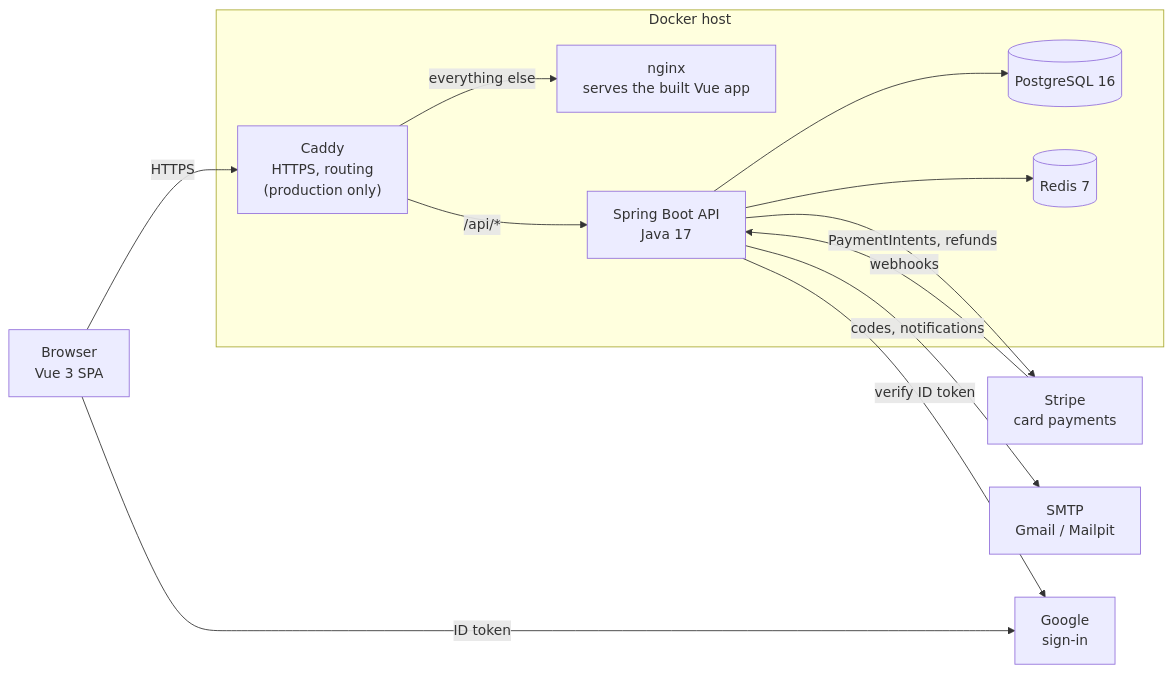
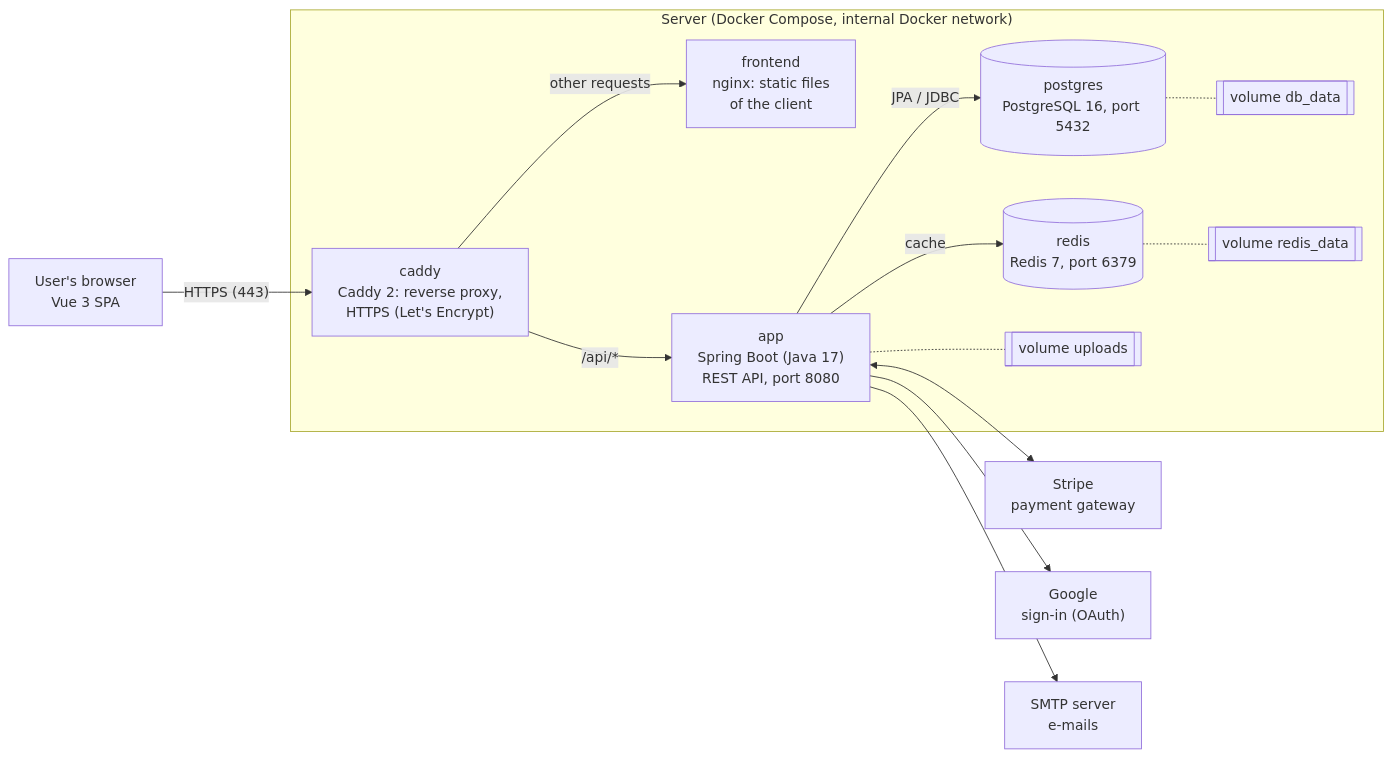
One commit to MAX959954/hotel-reservation-system changed the first of 4 diagrams in docs/ARCHITECTURE.md. Above: the diagram before and after it, drawn with Mermaid. The commit also changed other lines of this file and 1 other file, not shown here.

First line of the commit message:
docs: align README and architecture diagrams with the thesis

````diff
--- a/docs/ARCHITECTURE.md
+++ b/docs/ARCHITECTURE.md
@@ -23,25 +25,29 @@
 ```mermaid
 flowchart LR
-    B["Browser<br/>Vue 3 SPA"]
-    subgraph Server["Docker host"]
-        C["Caddy<br/>HTTPS, routing<br/>(production only)"]
-        F["nginx<br/>serves the built Vue app"]
-        A["Spring Boot API<br/>Java 17"]
-        P[("PostgreSQL 16")]
-        R[("Redis 7")]
+    B["User's browser<br/>Vue 3 SPA"]
+    subgraph Server["Server (Docker Compose, internal Docker network)"]
+        C["caddy<br/>Caddy 2: reverse proxy,<br/>HTTPS (Let's Encrypt)"]
+        F["frontend<br/>nginx: static files<br/>of the client"]
+        A["app<br/>Spring Boot (Java 17)<br/>REST API, port 8080"]
+        P[("postgres<br/>PostgreSQL 16, port 5432")]
+        R[("redis<br/>Redis 7, port 6379")]
+        VU[["volume uploads"]]
+        VD[["volume db_data"]]
+        VR[["volume redis_data"]]
     end
-    S["Stripe<br/>card payments"]
-    M["SMTP<br/>Gmail / Mailpit"]
-    G["Google<br/>sign-in"]
+    S["Stripe<br/>payment gateway"]
+    G["Google<br/>sign-in (OAuth)"]
+    M["SMTP server<br/>e-mails"]
 
-    B -->|HTTPS| C
+    B -->|"HTTPS (443)"| C
+    C -->|"other requests"| F
     C -->|"/api/*"| A
-    C -->|everything else| F
-    A --> P
-    A --> R
-    A -->|PaymentIntents, refunds| S
-    S -->|webhooks| A
-    A -->|codes, notifications| M
-    B -->|ID token| G
-    A -->|verify ID token| G
+    A -->|"JPA / JDBC"| P
+    A -->|cache| R
+    A -.- VU
+    P -.- VD
+    R -.- VR
+    A <--> S
+    A --> G
+    A --> M
 ```
````
